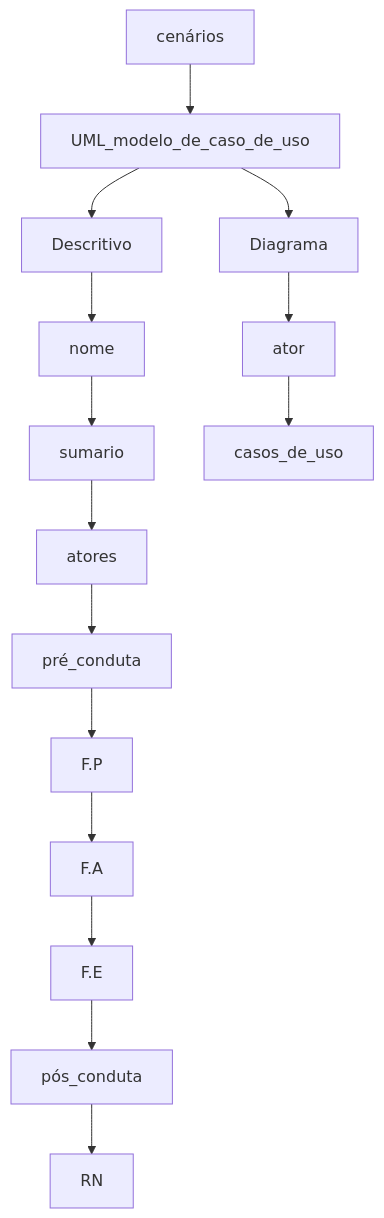
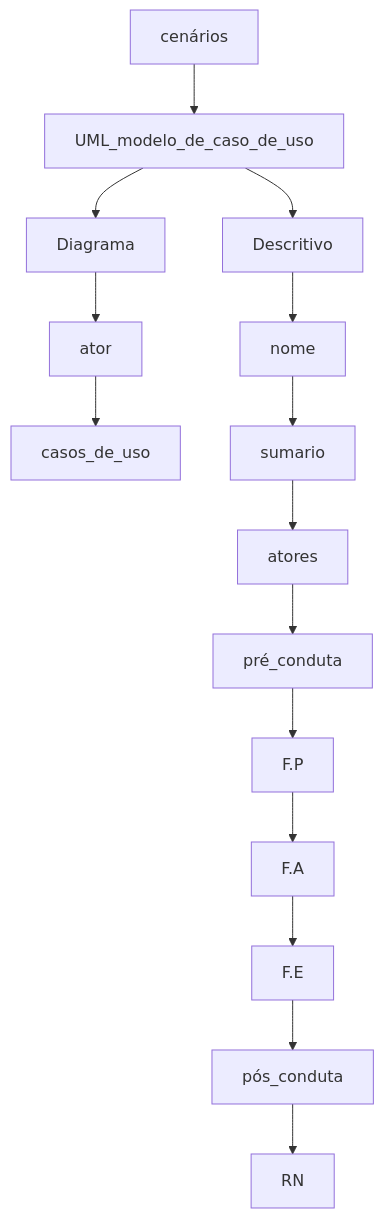
One commit to vanessacezarn/3_Semestre changed the second of 2 diagrams in Engenharia e Requisitos de Software/aula_08 09.04.md. Above: the diagram before and after it, drawn with Mermaid.

Commit message:
Update aula_08 09.04.md

````diff
--- a/Engenharia e Requisitos de Software/aula_08 09.04.md
+++ b/Engenharia e Requisitos de Software/aula_08 09.04.md
@@ -16,19 +16,20 @@
 ```mermaid
 graph TD;
 cenários --> UML_modelo_de_caso_de_uso;
 UML_modelo_de_caso_de_uso --> Diagrama;
+Diagrama --> ator;
+ator --> casos_de_uso;
 UML_modelo_de_caso_de_uso --> Descritivo;
 Descritivo --> nome;
 nome--> sumario;
 sumario --> atores;
 atores --> pré_conduta;
 pré_conduta --> F.P;
 F.P --> F.A;
 F.A --> F.E;
 F.E --> pós_conduta;
 pós_conduta --> RN;
-Diagrama --> ator;
-ator --> casos_de_uso;
+
 
 
 ```
````
